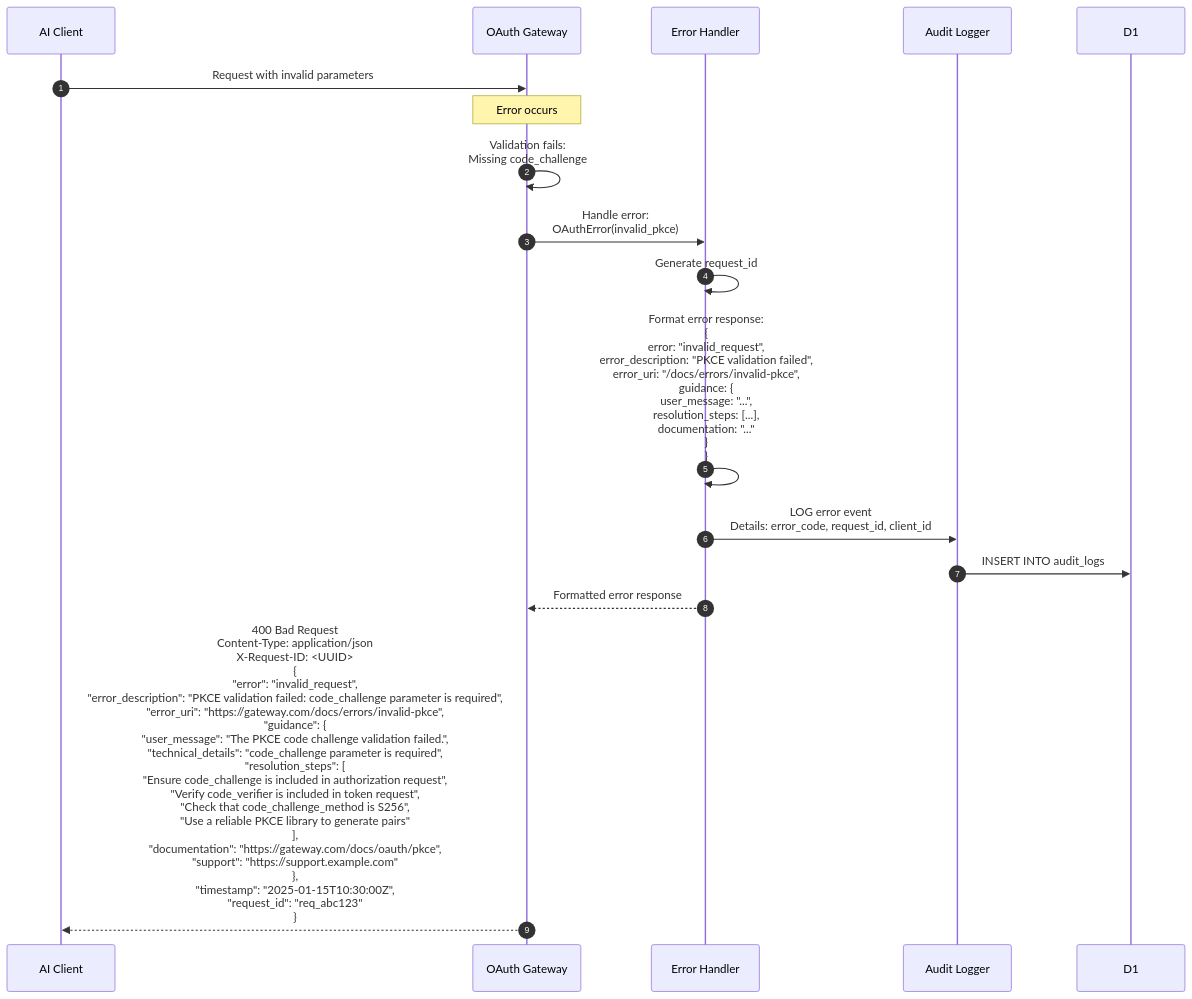
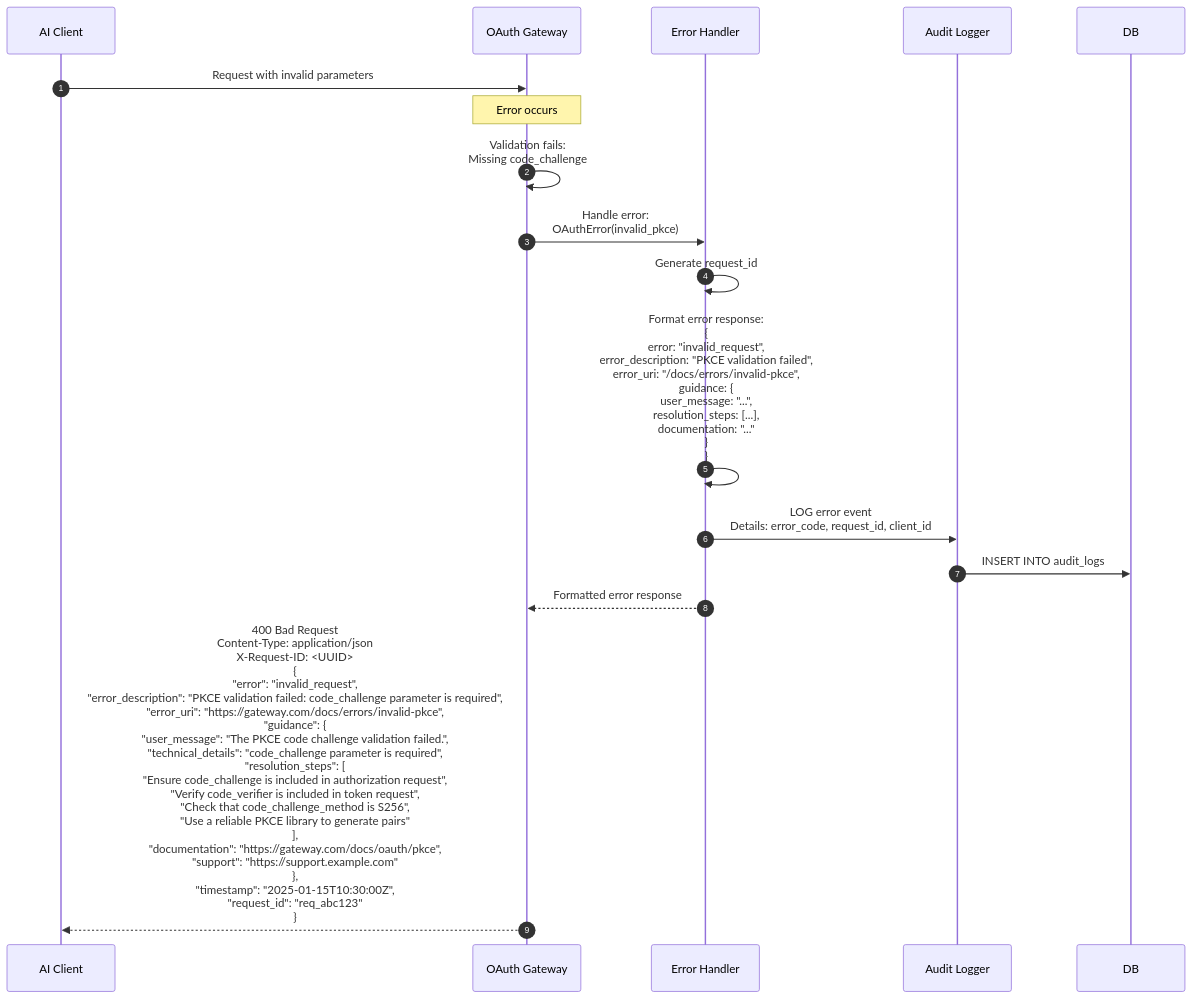
The eighth of 8 diagrams in docs/architecture/flows.md (TevBenji/OAuth-2.1-MCP-Gateway), drawn with Mermaid before and after one commit. The commit also changed other lines of this file and 75 other files, not shown here.

````diff
--- a/docs/architecture/flows.md
+++ b/docs/architecture/flows.md
@@ -517,26 +519,26 @@
 ```mermaid
 sequenceDiagram
     autonumber
     participant AI as AI Client
     participant Gateway as OAuth Gateway
     participant ErrorHandler as Error Handler
     participant Audit as Audit Logger
 
     AI->>Gateway: Request with invalid parameters
 
     Note over Gateway: Error occurs
     Gateway->>Gateway: Validation fails:<br/>Missing code_challenge
 
     Gateway->>ErrorHandler: Handle error:<br/>OAuthError(invalid_pkce)
 
     ErrorHandler->>ErrorHandler: Generate request_id
 
     ErrorHandler->>ErrorHandler: Format error response:<br/>{<br/>  error: "invalid_request",<br/>  error_description: "PKCE validation failed",<br/>  error_uri: "/docs/errors/invalid-pkce",<br/>  guidance: {<br/>    user_message: "...",<br/>    resolution_steps: [...],<br/>    documentation: "..."<br/>  }<br/>}
 
     ErrorHandler->>Audit: LOG error event<br/>Details: error_code, request_id, client_id
-    Audit->>D1: INSERT INTO audit_logs
+    Audit->>DB: INSERT INTO audit_logs
 
     ErrorHandler-->>Gateway: Formatted error response
 
     Gateway-->>AI: 400 Bad Request<br/>Content-Type: application/json<br/>X-Request-ID: <UUID><br/>{<br/>  "error": "invalid_request",<br/>  "error_description": "PKCE validation failed: code_challenge parameter is required",<br/>  "error_uri": "https://gateway.com/docs/errors/invalid-pkce",<br/>  "guidance": {<br/>    "user_message": "The PKCE code challenge validation failed.",<br/>    "technical_details": "code_challenge parameter is required",<br/>    "resolution_steps": [<br/>      "Ensure code_challenge is included in authorization request",<br/>      "Verify code_verifier is included in token request",<br/>      "Check that code_challenge_method is S256",<br/>      "Use a reliable PKCE library to generate pairs"<br/>    ],<br/>    "documentation": "https://gateway.com/docs/oauth/pkce",<br/>    "support": "https://support.example.com"<br/>  },<br/>  "timestamp": "2025-01-15T10:30:00Z",<br/>  "request_id": "req_abc123"<br/>}
 ```
````
